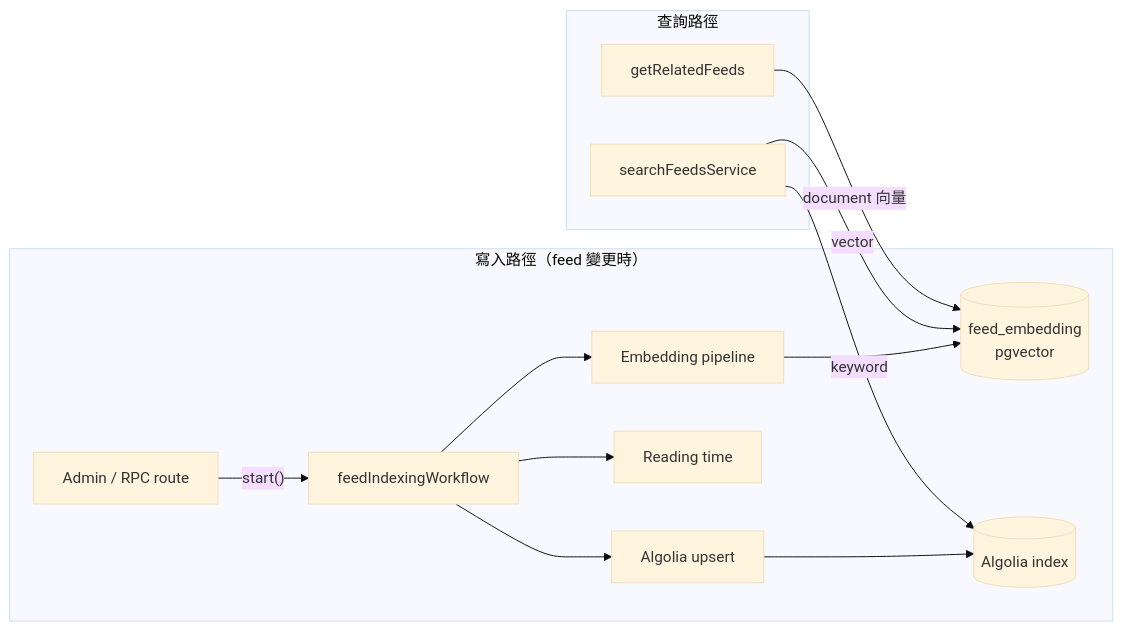
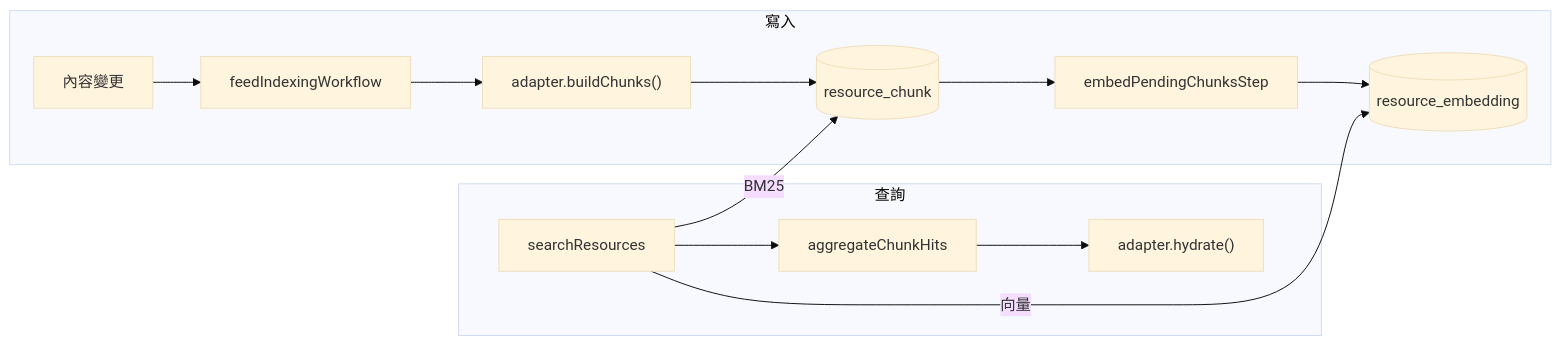
The first of 2 diagrams in docs/rag-architecture.md (Chia1104/chia1104.dev), drawn with Mermaid (base theme) before and after one commit. The commit also changed other lines of this file, not shown here.

First line of the commit message:
docs: document resource-based RAG architecture

````diff
--- a/docs/rag-architecture.md
+++ b/docs/rag-architecture.md
@@ -11,16 +12,16 @@
 ```mermaid
 flowchart LR
-    subgraph write["寫入路徑（feed 變更時）"]
-        A[Admin / RPC route] -->|"start()"| B[feedIndexingWorkflow]
-        B --> C[Embedding pipeline]
-        B --> D[Reading time]
-        B --> E[Algolia upsert]
-        C --> F[(feed_embedding<br/>pgvector)]
-        E --> G[(Algolia index)]
+    subgraph write["寫入"]
+        A[內容變更] --> B[feedIndexingWorkflow]
+        B --> C["adapter.buildChunks()"]
+        C --> D[(resource_chunk)]
+        D --> E[embedPendingChunksStep]
+        E --> F[(resource_embedding)]
     end
-    subgraph read["查詢路徑"]
-        H[searchFeedsService] -->|vector| F
-        H -->|keyword| G
-        I[getRelatedFeeds] -->|document 向量| F
+    subgraph read["查詢"]
+        G[searchResources] -->|BM25| D
+        G -->|向量| F
+        G --> H[aggregateChunkHits]
+        H --> I["adapter.hydrate()"]
     end
 ```
````
